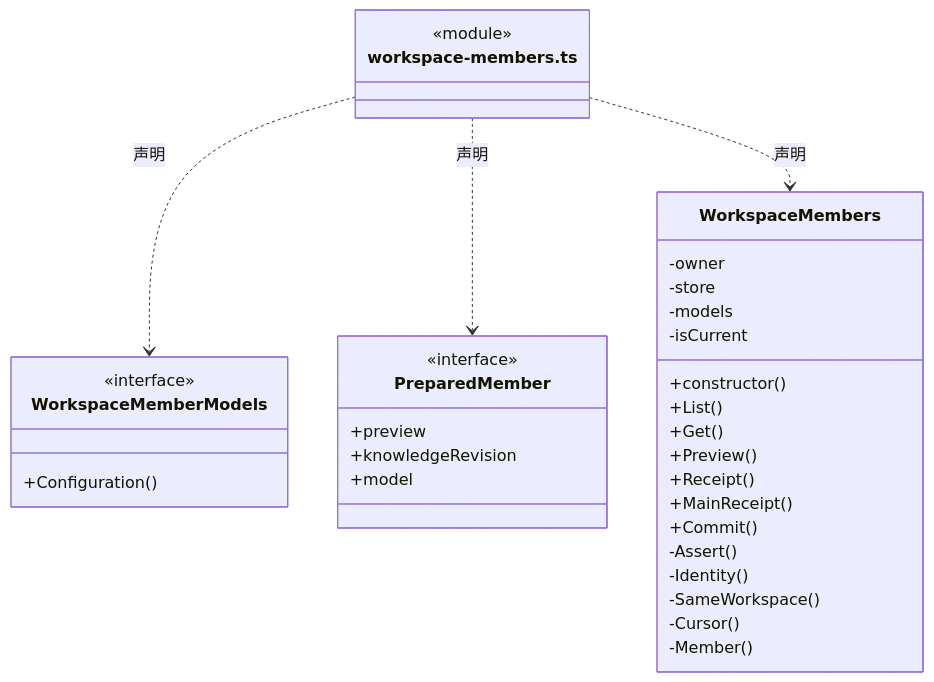
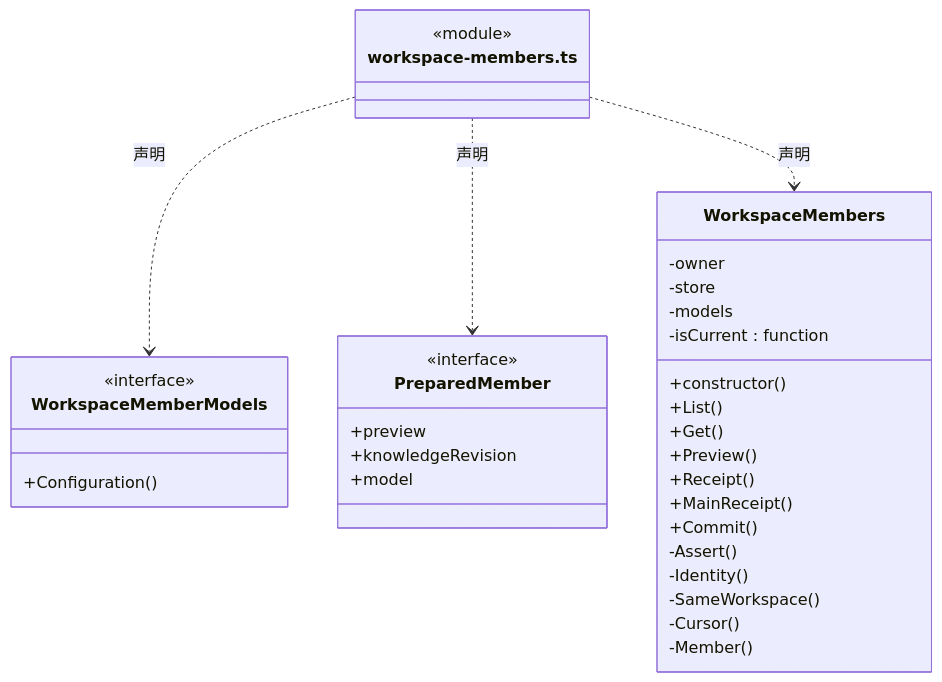
The second of 4 diagrams in src/logic/team/service/ARCHITECTURE.md (nan023062/cbim), drawn with Mermaid before and after one commit. The commit also changed other lines of this file and 137 other files, not shown here.

Commit message:
fix: align architecture generator with documentation standards

````diff
--- a/src/logic/team/service/ARCHITECTURE.md
+++ b/src/logic/team/service/ARCHITECTURE.md
@@ -64,37 +68,37 @@
 ```mermaid
 classDiagram
 class N_src_logic_team_service_workspace_members_ts["workspace-members.ts"] {
   <<module>>
 }
 class N_src_logic_team_service_workspace_members_ts_WorkspaceMemberModels["WorkspaceMemberModels"] {
   <<interface>>
   +Configuration()
 }
 N_src_logic_team_service_workspace_members_ts ..> N_src_logic_team_service_workspace_members_ts_WorkspaceMemberModels : 声明
 class N_src_logic_team_service_workspace_members_ts_PreparedMember["PreparedMember"] {
   <<interface>>
   +preview
   +knowledgeRevision
   +model
 }
 N_src_logic_team_service_workspace_members_ts ..> N_src_logic_team_service_workspace_members_ts_PreparedMember : 声明
 class N_src_logic_team_service_workspace_members_ts_WorkspaceMembers["WorkspaceMembers"] {
   +constructor()
   +List()
   +Get()
   +Preview()
   +Receipt()
   +MainReceipt()
   +Commit()
   -owner
   -store
   -models
-  -isCurrent
+  -isCurrent : function
   -Assert()
   -Identity()
   -SameWorkspace()
   -Cursor()
   -Member()
 }
 N_src_logic_team_service_workspace_members_ts ..> N_src_logic_team_service_workspace_members_ts_WorkspaceMembers : 声明
 ```
````
